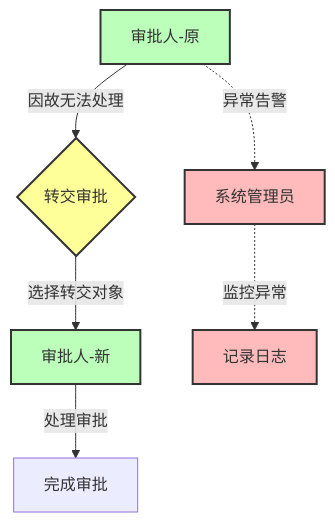
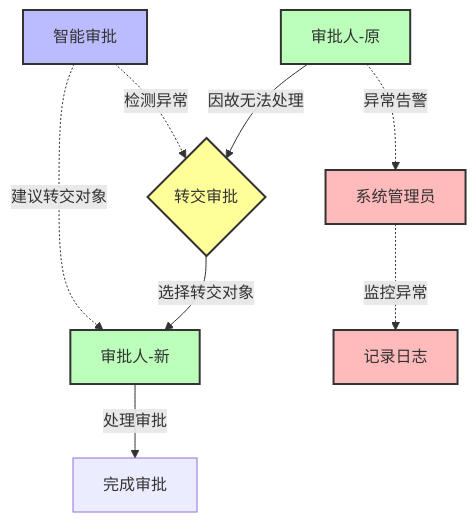
One commit to Moonlight168/blog changed the fifth of 5 diagrams in src/series/myprojects/FlowMind/开发流程/需求分析/角色定义.md. Above: the diagram before and after it, drawn with Mermaid. The commit also changed other lines of this file and 20 other files, not shown here.

````diff
--- a/src/series/myprojects/FlowMind/开发流程/需求分析/角色定义.md
+++ b/src/series/myprojects/FlowMind/开发流程/需求分析/角色定义.md
@@ -226,16 +250,20 @@
 ```mermaid
 flowchart TD
     A[审批人-原] -->|因故无法处理| B{转交审批}
     B -->|选择转交对象| C[审批人-新]
     C -->|处理审批| D[完成审批]
     A -.->|异常告警| E[系统管理员]
     E -.->|监控异常| F[记录日志]
+    G[智能审批] -.->|检测异常| B
+    G -.->|建议转交对象| C
     
     classDef approver fill:#bfb,stroke:#333,stroke-width:2px;
     classDef admin fill:#fbb,stroke:#333,stroke-width:2px;
+    classDef ai fill:#bbf,stroke:#333,stroke-width:2px;
     classDef decision fill:#ffff99,stroke:#333,stroke-width:2px;
     
     class A,C approver;
     class E,F admin;
     class B decision;
+    class G ai;
 ```
````
